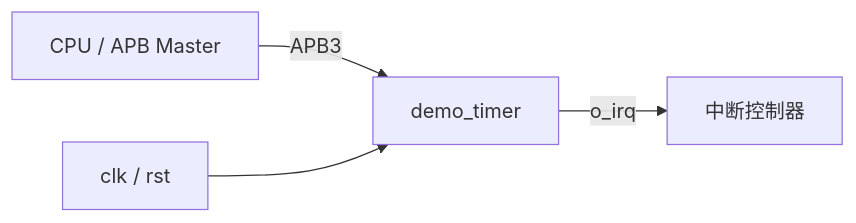
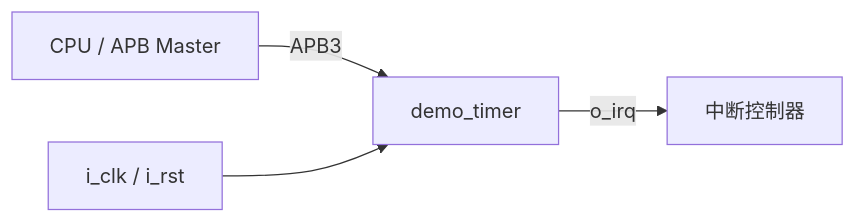
One commit to rtl-workflow/rtl_doc_agent changed the diagram in plugins/rtl-flow/skills/rtl-design-flow/examples/demo_timer/doc/01_spec.md. Above: the diagram before and after it, drawn with Mermaid. The commit also changed other lines of this file and 30 other files, not shown here.

````diff
--- a/plugins/rtl-flow/skills/rtl-design-flow/examples/demo_timer/doc/01_spec.md
+++ b/plugins/rtl-flow/skills/rtl-design-flow/examples/demo_timer/doc/01_spec.md
@@ -18,6 +18,6 @@
 ```mermaid
 flowchart LR
   cpu[CPU / APB Master] -- APB3 --> timer[demo_timer]
   timer -- o_irq --> intc[中断控制器]
-  clk[clk / rst] --> timer
+  clock[i_clk / i_rst] --> timer
 ```
````
